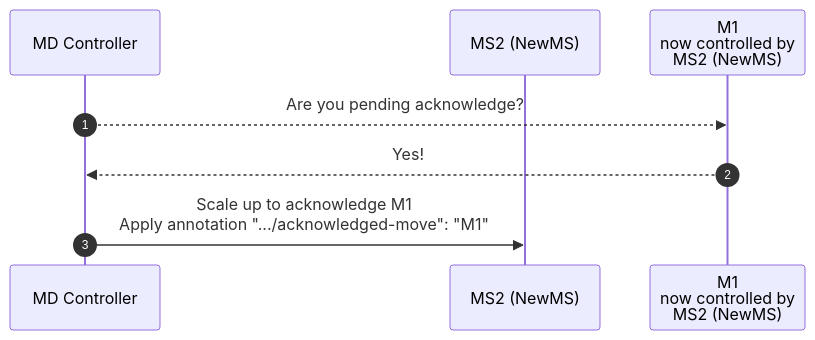
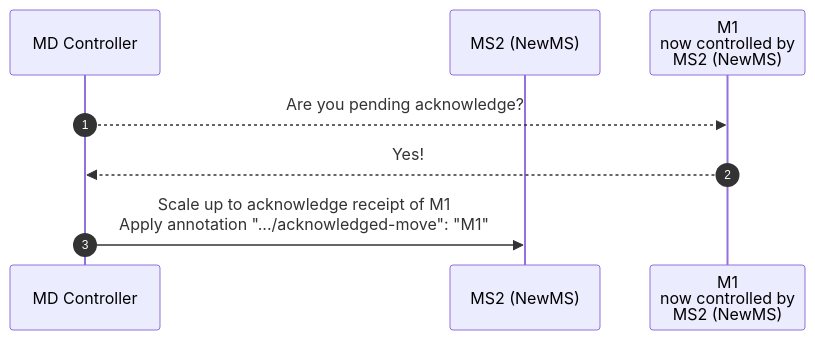
The third of 4 diagrams in docs/proposals/20240807-in-place-updates-implementation-notes.md (kubernetes-sigs/cluster-api), drawn with Mermaid before and after one commit. The commit also changed other lines of this file, not shown here.

````diff
--- a/docs/proposals/20240807-in-place-updates-implementation-notes.md
+++ b/docs/proposals/20240807-in-place-updates-implementation-notes.md
@@ -66,10 +66,10 @@
 ```mermaid
 sequenceDiagram
     autonumber
     participant MD Controller
     participant MS2 (NewMS)
     participant M1 as M1<br/>now controlled by<br/>MS2 (NewMS)
     MD Controller-->>M1: Are you pending acknowledge?
     M1-->>MD Controller: Yes!
-    MD Controller->>MS2 (NewMS): Scale up to acknowledge M1<br/>Apply annotation ".../acknowledged-move": "M1"
+    MD Controller->>MS2 (NewMS): Scale up to acknowledge receipt of M1<br/>Apply annotation ".../acknowledged-move": "M1"
 ```
````
